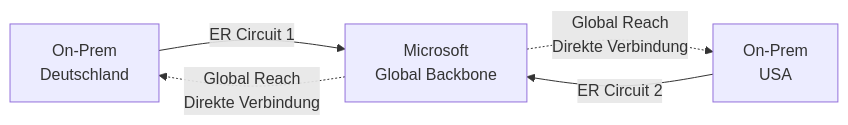
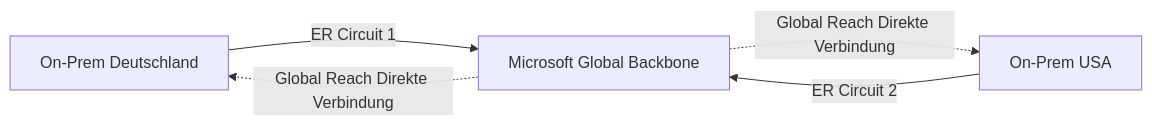
Before and after one commit to SoniiiT/notes-n-docs: the tenth of 13 diagrams in Microsoft 365/Azure/Netzwerk/Azure ExpressRoute.md, drawn with Mermaid. The commit also changed other lines of this file and 124 other files, not shown here.

First line of the commit message:
fix: Entferne \n aus allen Mermaid-Diagrammen (125 Dateien)

````diff
--- a/Microsoft 365/Azure/Netzwerk/Azure ExpressRoute.md
+++ b/Microsoft 365/Azure/Netzwerk/Azure ExpressRoute.md
@@ -233,6 +233,6 @@
 ```mermaid
 graph LR
-    CORP_DE[On-Prem\nDeutschland] -->|ER Circuit 1| MSBB[Microsoft\nGlobal Backbone]
-    CORP_US[On-Prem\nUSA] -->|ER Circuit 2| MSBB
-    MSBB -.->|Global Reach\nDirekte Verbindung| CORP_DE & CORP_US
+    CORP_DE[On-Prem Deutschland] -->|ER Circuit 1| MSBB[Microsoft Global Backbone]
+    CORP_US[On-Prem USA] -->|ER Circuit 2| MSBB
+    MSBB -.->|Global Reach Direkte Verbindung| CORP_DE & CORP_US
 ```
````
